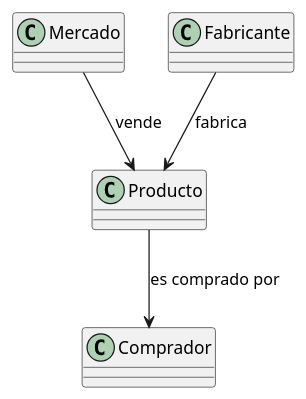
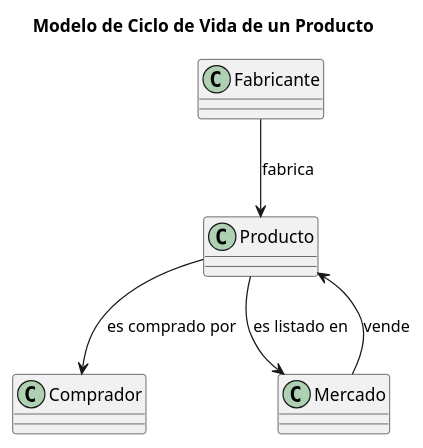
Before and after one commit to mmasias/24-25-IdSw1: the diagram in entregas/perezAdrian/reto01/CicloDeVida/ClasesVida.puml, drawn with PlantUML. The commit also changed 1 other file, not shown here.

Commit message:
Cambio de lógica en clases vida

```diff
--- a/entregas/perezAdrian/reto01/CicloDeVida/ClasesVida.puml
+++ b/entregas/perezAdrian/reto01/CicloDeVida/ClasesVida.puml
@@ -1,14 +1,17 @@
 @startuml
+title Modelo de Ciclo de Vida de un Producto
+
 class Producto 
 
 class Comprador
 
-class Mercado 
+class Mercado
 
-class Fabricante
+class Fabricante 
 
-Producto --> Comprador: es comprado por
-Mercado -->  Producto : vende
-Fabricante --> Producto : fabrica
+Producto --> Comprador: "es comprado por"
+Mercado --> Producto: "vende"
+Fabricante --> Producto: "fabrica"
+Producto --> Mercado: "es listado en"
 
 @enduml
```
